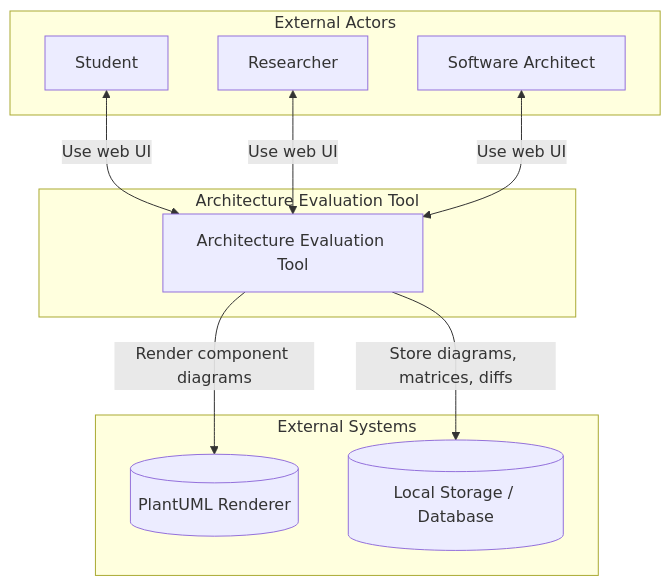
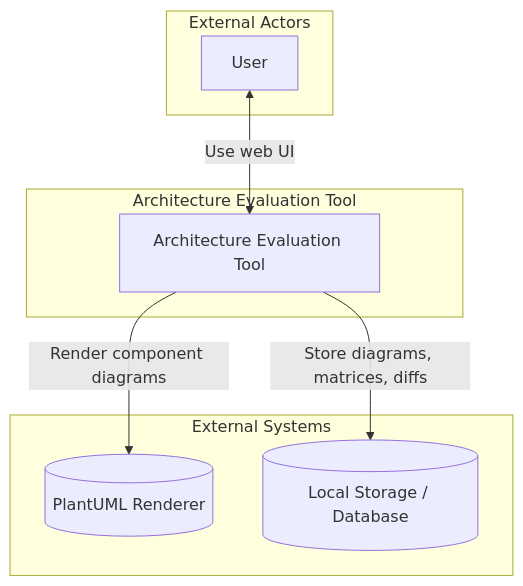
One commit to architecture-tools/add-evaluation-tool changed the first of 6 diagrams in docs/architecture/architecture.md. Above: the diagram before and after it, drawn with Mermaid.

Commit message:
update giagrams

````diff
--- a/docs/architecture/architecture.md
+++ b/docs/architecture/architecture.md
@@ -24,25 +24,21 @@
 ```mermaid
 graph TD
     subgraph "Architecture Evaluation Tool"
         AET["Architecture Evaluation Tool"]
     end
 
     subgraph "External Actors"
-        Student["Student"]
-        Researcher["Researcher"]
-        Architect["Software Architect"]
+        User["User"]
     end
 
     subgraph "External Systems"
         PlantUML[("PlantUML Renderer")]
         Storage[("Local Storage / Database")]
     end
 
     %% Interactions
-    Student <-->|"Use web UI"| AET
-    Researcher <-->|"Use web UI"| AET
-    Architect <-->|"Use web UI"| AET
+    User <-->|"Use web UI"| AET
 
     AET -->|"Render component diagrams"| PlantUML
     AET -->|"Store diagrams, matrices, diffs"| Storage
 ```
````
